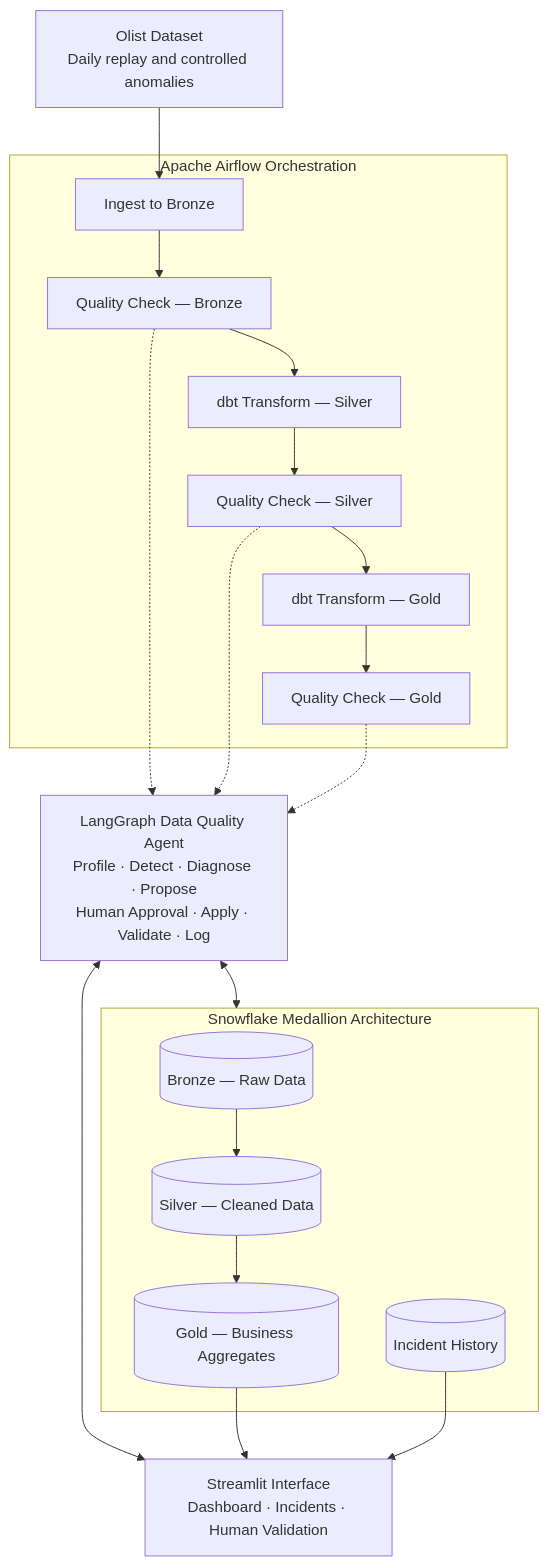
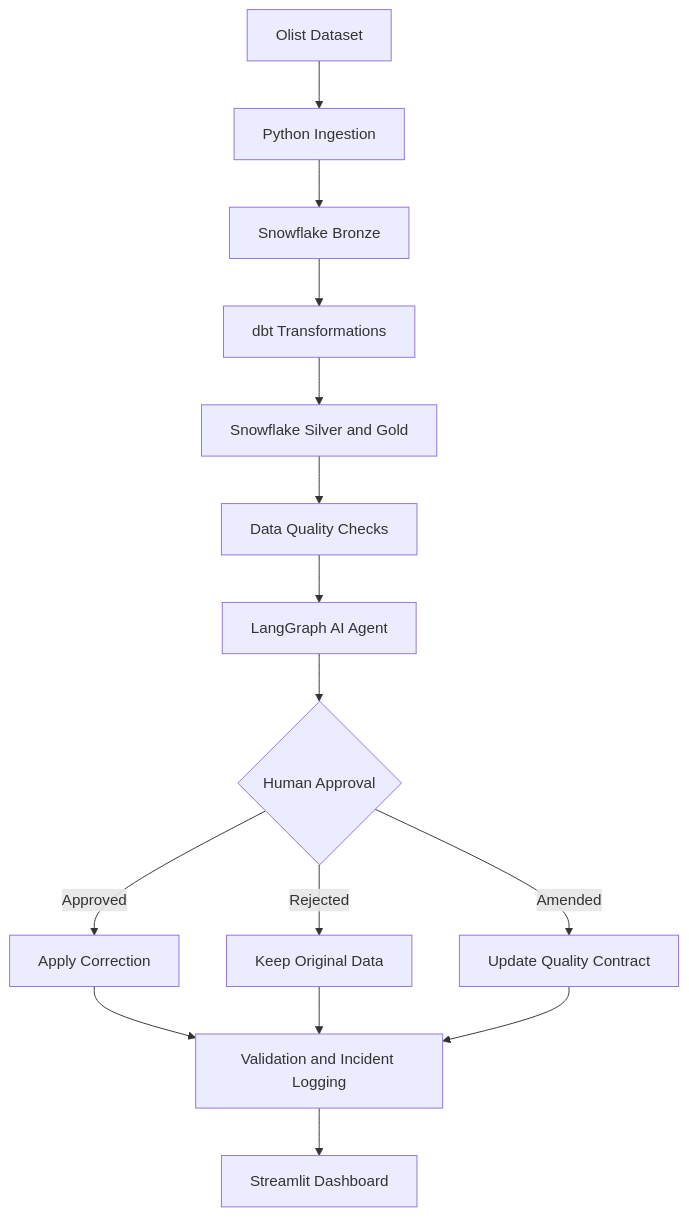
One commit to hodamounaouir/PFA changed the diagram in README.md. Above: the diagram before and after it, drawn with Mermaid.

````diff
--- a/README.md
+++ b/README.md
@@ -64,37 +68,17 @@
 ```mermaid
-flowchart TB
-    SRC["Olist Dataset<br/>Daily replay and controlled anomalies"]
-
-    subgraph PIPELINE["Apache Airflow Orchestration"]
-        B["Ingest to Bronze"]
-        C["Quality Check — Bronze"]
-        S["dbt Transform — Silver"]
-        D["Quality Check — Silver"]
-        G["dbt Transform — Gold"]
-        E["Quality Check — Gold"]
-
-        B --> C --> S --> D --> G --> E
-    end
-
-    subgraph SF["Snowflake Medallion Architecture"]
-        BR[("Bronze — Raw Data")]
-        SI[("Silver — Cleaned Data")]
-        GO[("Gold — Business Aggregates")]
-        INC[("Incident History")]
-
-        BR --> SI --> GO
-    end
-
-    AG["LangGraph Data Quality Agent<br/>Profile · Detect · Diagnose · Propose<br/>Human Approval · Apply · Validate · Log"]
-
-    UI["Streamlit Interface<br/>Dashboard · Incidents · Human Validation"]
-
-    SRC --> B
-    C -.-> AG
-    D -.-> AG
-    E -.-> AG
-    AG <--> SF
-    AG <--> UI
-    GO --> UI
-    INC --> UI
+flowchart TD
+    A["Olist Dataset"] --> B["Python Ingestion"]
+    B --> C["Snowflake Bronze"]
+    C --> D["dbt Transformations"]
+    D --> E["Snowflake Silver and Gold"]
+    E --> F["Data Quality Checks"]
+    F --> G["LangGraph AI Agent"]
+    G --> H{"Human Approval"}
+    H -->|Approved| I["Apply Correction"]
+    H -->|Rejected| J["Keep Original Data"]
+    H -->|Amended| K["Update Quality Contract"]
+    I --> L["Validation and Incident Logging"]
+    J --> L
+    K --> L
+    L --> M["Streamlit Dashboard"]
 ```
````
